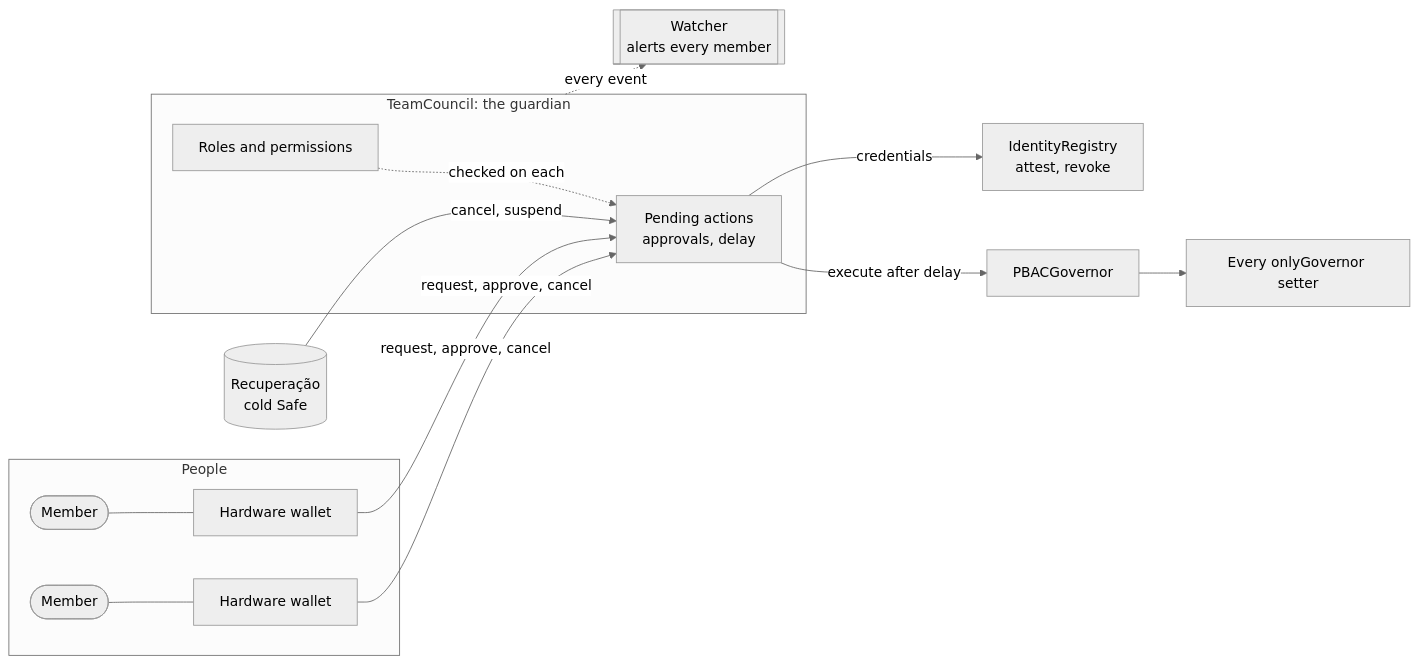
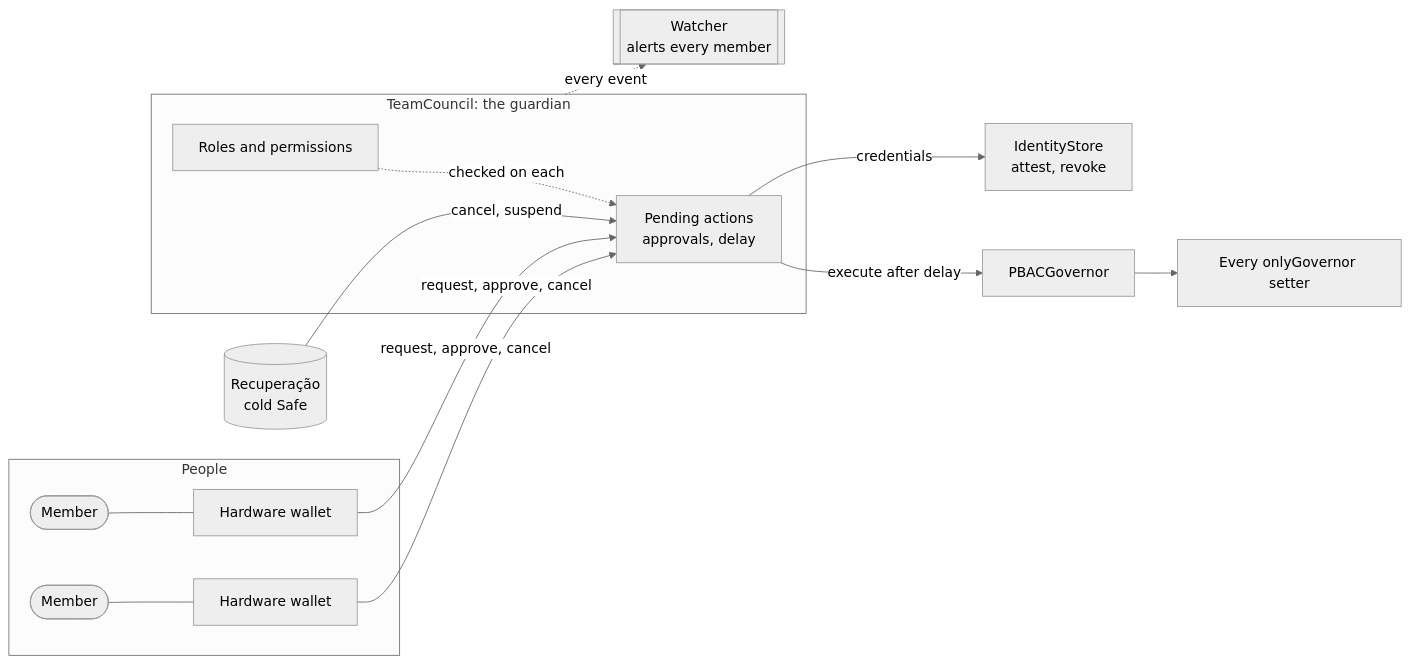
The fourth of 5 diagrams in docs/governance.md (MuriloSchaefer/klippelgo), drawn with Mermaid (neutral theme) before and after one commit. The commit also changed other lines of this file and 66 other files, not shown here.

Commit message:
chore: new release flow

````diff
--- a/docs/governance.md
+++ b/docs/governance.md
@@ -212,23 +216,23 @@
 ```mermaid
 flowchart LR
     subgraph people [People]
         m1([Member]) --- hw1[Hardware wallet]
         m2([Member]) --- hw2[Hardware wallet]
     end
     subgraph council [TeamCouncil: the guardian]
         roles[Roles and permissions]
         pend[Pending actions<br/>approvals, delay]
     end
     rec[(Recuperação<br/>cold Safe)]
     gov[PBACGovernor]
     contracts[Every onlyGovernor setter]
-    reg[IdentityRegistry<br/>attest, revoke]
+    reg[IdentityStore<br/>attest, revoke]
     watch[[Watcher<br/>alerts every member]]
 
     hw1 & hw2 -- "request, approve, cancel" --> pend
     roles -. "checked on each" .-> pend
     pend -- "execute after delay" --> gov --> contracts
     pend -- "credentials" --> reg
     rec -- "cancel, suspend" --> pend
     council -. "every event" .-> watch
 ```
````
